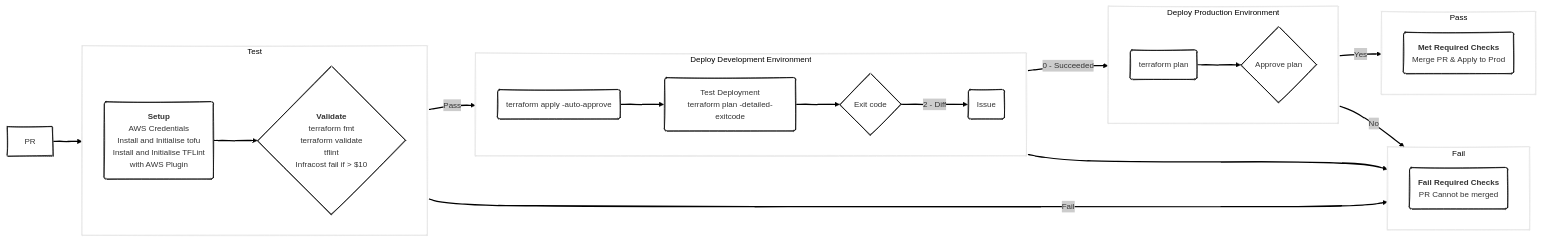
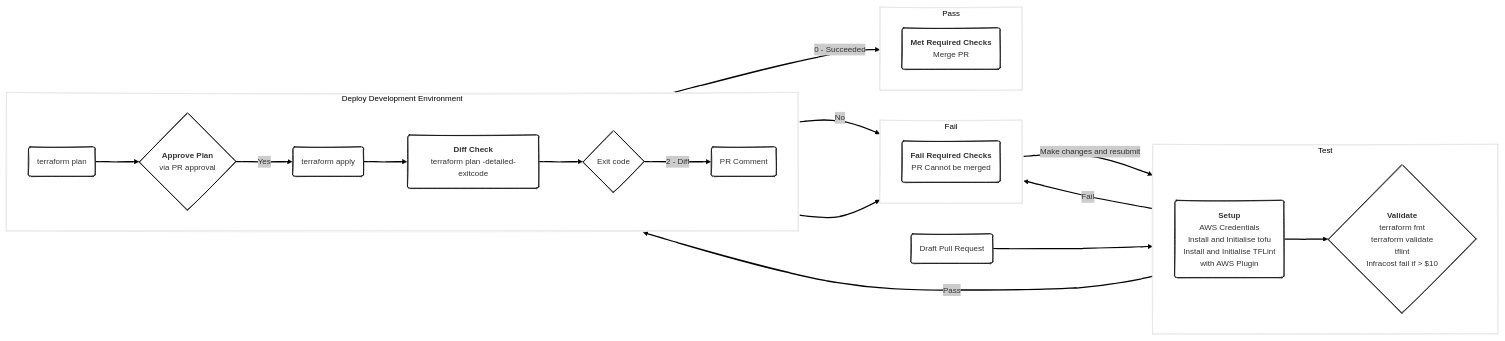
One commit to rdhar/gitops-2024 changed the second of 2 diagrams in .github/README.md. Above: the diagram before and after it, drawn with Mermaid. The commit also changed other lines of this file and 5 other files, not shown here.

````diff
--- a/.github/README.md
+++ b/.github/README.md
@@ -107,47 +135,43 @@
 ```mermaid
 ---
 config:
   look: handDrawn
   theme: neo
 ---
 flowchart LR
   subgraph Fail
     direction LR
     F("`**Fail Required Checks**
     PR Cannot be merged`")
   end
   subgraph Pass
     direction LR
     P("`**Met Required Checks**
-    Merge PR & Apply to Prod`")
+    Merge PR`")
   end
   subgraph Test
     direction LR
     setup("`**Setup**
     AWS Credentials
     Install and Initialise tofu
     Install and Initialise TFLint
     with AWS Plugin`") -->
     validate{"`**Validate**
     terraform fmt
     terraform validate
     tflint
     Infracost fail if > $10`"} -->|Fail|F
   end
   subgraph Development [Deploy Development Environment]
     direction LR
-    dapply(terraform apply -auto-approve)-->test
-    test("`Test Deployment
-    terraform plan -detailed-exitcode`") -->E{Exit code} -->|2 - Diff|I(Issue)
-    I -->F
+    devplan(terraform plan)-->AP{"`**Approve Plan**
+    via PR approval`"} -->|No|F
+    AP -->|Yes|devapply(terraform apply) -->testdev("`**Diff Check**
+    terraform plan -detailed-exitcode`") -->E{Exit code} -->|2 - Diff|PRC(PR Comment)
   end
-  subgraph Production [Deploy Production Environment]
-    direction LR
-    pplan(terraform plan) -->approve{Approve plan}
-  end
-  PR --> Test
-  validate -->|Pass|dapply
-  E{Exit code} -->|0 - Succeeded|pplan
-  approve{Approve plan} -->|No|F
-  approve{Approve plan} -->|Yes|P
+  PR(Draft Pull Request) --> Test
+  validate -->|Pass|devplan
+  E{Exit code} -->|0 - Succeeded|P
+  PRC -->F
+  F -->|Make changes and resubmit|Test
 ```
````
